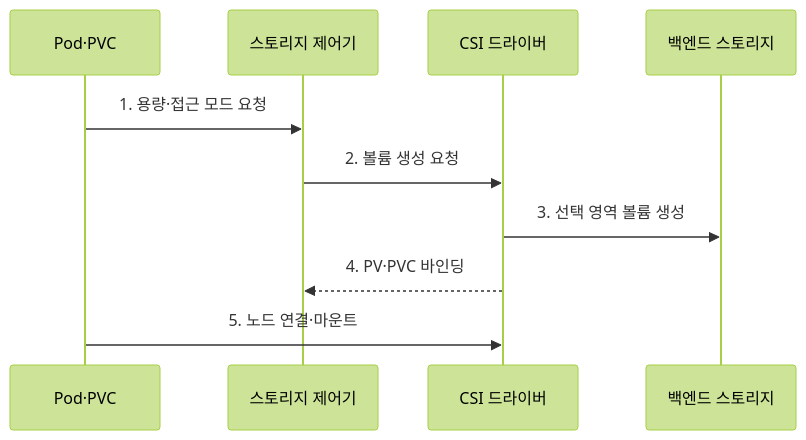
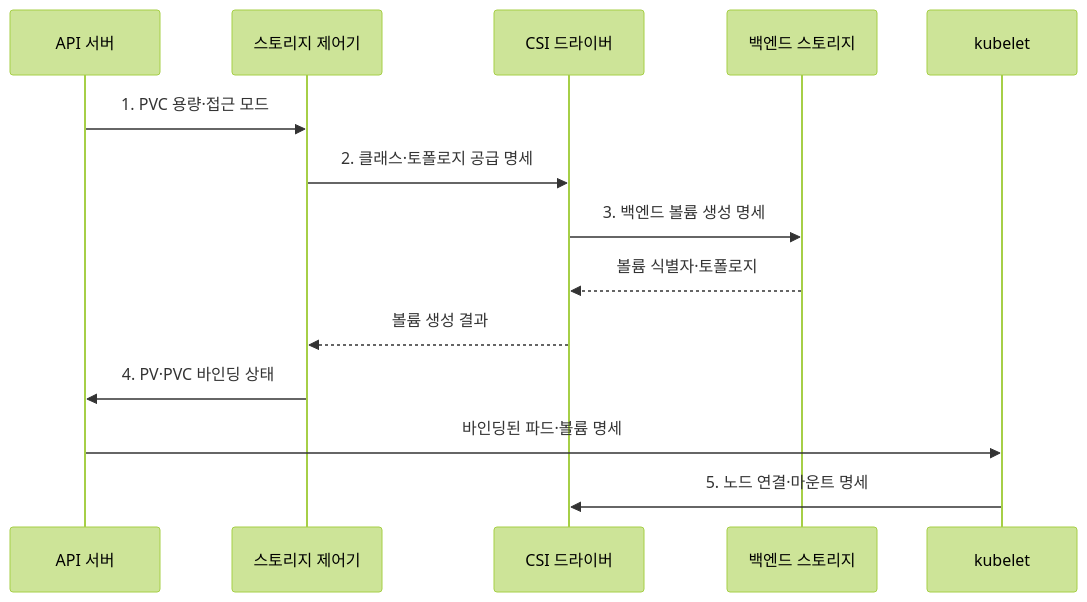
The second of 2 diagrams in src/content/docs/notes/03-software/157_kubernetes_storage.md (agnusdei1207/knowledge-base), drawn with Mermaid (forest theme) before and after one commit. The commit also changed other lines of this file and 20 other files, not shown here.

````diff
--- a/src/content/docs/notes/03-software/157_kubernetes_storage.md
+++ b/src/content/docs/notes/03-software/157_kubernetes_storage.md
@@ -83,12 +87,16 @@
 ```mermaid
 sequenceDiagram
-    participant P as Pod·PVC
+    participant A as API 서버
     participant C as 스토리지 제어기
     participant D as CSI 드라이버
     participant V as 백엔드 스토리지
-    P->>C: 1. 용량·접근 모드 요청
-    C->>D: 2. 볼륨 생성 요청
-    D->>V: 3. 선택 영역 볼륨 생성
-    D-->>C: 4. PV·PVC 바인딩
-    P->>D: 5. 노드 연결·마운트
+    participant K as kubelet
+    A->>C: 1. PVC 용량·접근 모드
+    C->>D: 2. 클래스·토폴로지 공급 명세
+    D->>V: 3. 백엔드 볼륨 생성 명세
+    V-->>D: 볼륨 식별자·토폴로지
+    D-->>C: 볼륨 생성 결과
+    C->>A: 4. PV·PVC 바인딩 상태
+    A->>K: 바인딩된 파드·볼륨 명세
+    K->>D: 5. 노드 연결·마운트 명세
 ```
````
